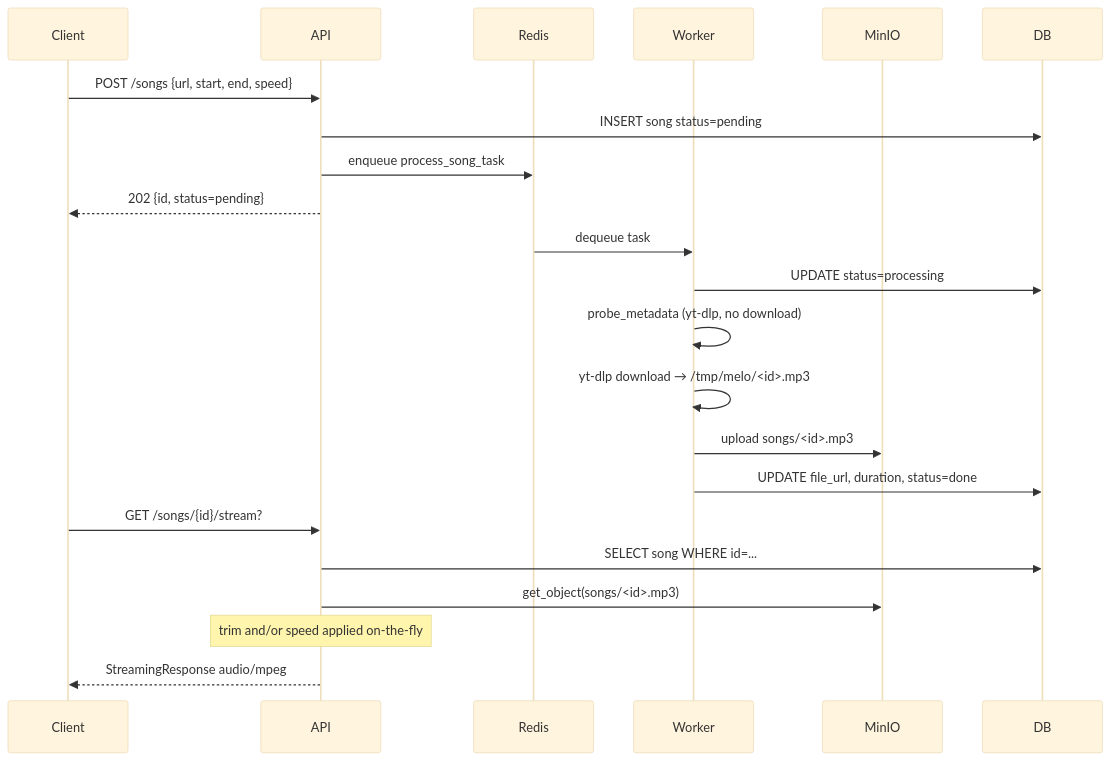
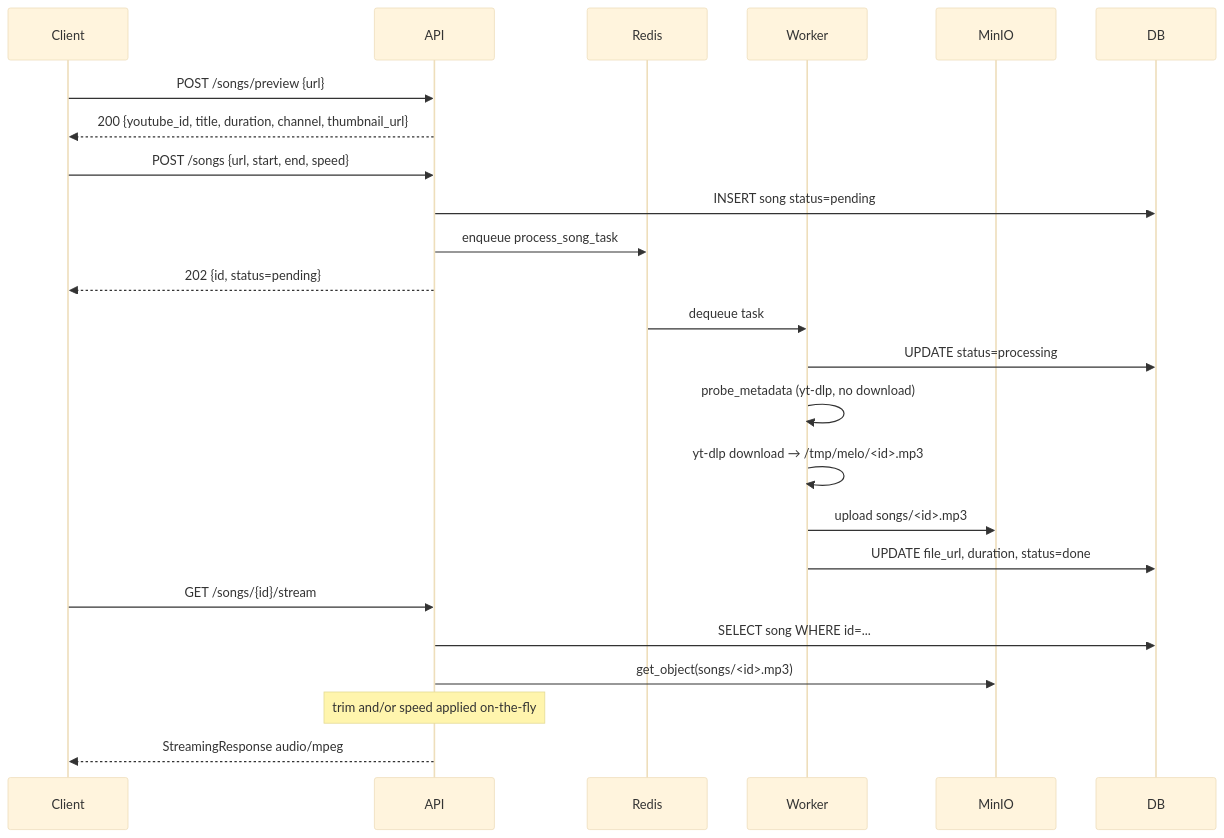
The second of 4 diagrams in README.md (KarthikUdyawar/melo), drawn with Mermaid (base theme) before and after one commit. The commit also changed other lines of this file and 9 other files, not shown here.

````diff
--- a/README.md
+++ b/README.md
@@ -42,27 +45,30 @@
 ```mermaid
 sequenceDiagram
     participant C as Client
     participant A as API
     participant R as Redis
     participant W as Worker
     participant M as MinIO
     participant D as DB
+
+    C->>A: POST /songs/preview {url}
+    A-->>C: 200 {youtube_id, title, duration, channel, thumbnail_url}
 
     C->>A: POST /songs {url, start, end, speed}
     A->>D: INSERT song status=pending
     A->>R: enqueue process_song_task
     A-->>C: 202 {id, status=pending}
 
     R->>W: dequeue task
     W->>D: UPDATE status=processing
     W->>W: probe_metadata (yt-dlp, no download)
     W->>W: yt-dlp download → /tmp/melo/<id>.mp3
     W->>M: upload songs/<id>.mp3
     W->>D: UPDATE file_url, duration, status=done
 
-    C->>A: GET /songs/{id}/stream?
+    C->>A: GET /songs/{id}/stream
     A->>D: SELECT song WHERE id=...
     A->>M: get_object(songs/<id>.mp3)
     note over A: trim and/or speed applied on-the-fly
     A-->>C: StreamingResponse audio/mpeg
 ```
````
